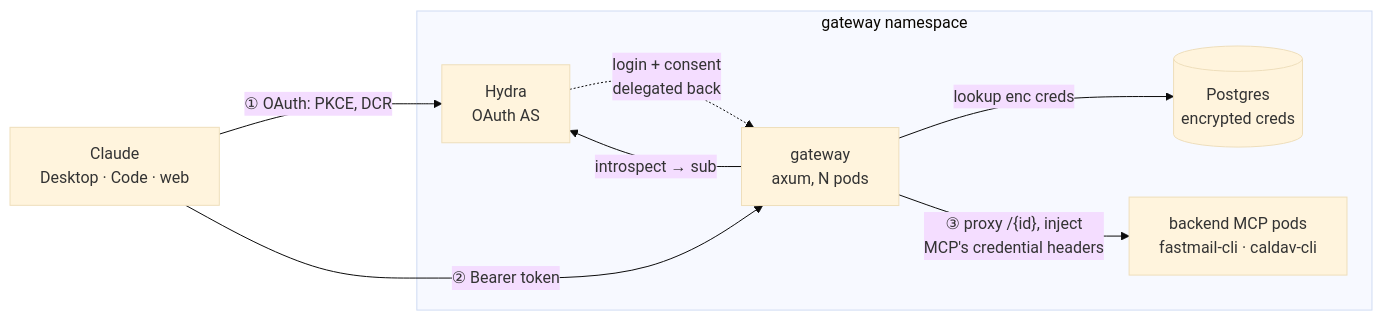
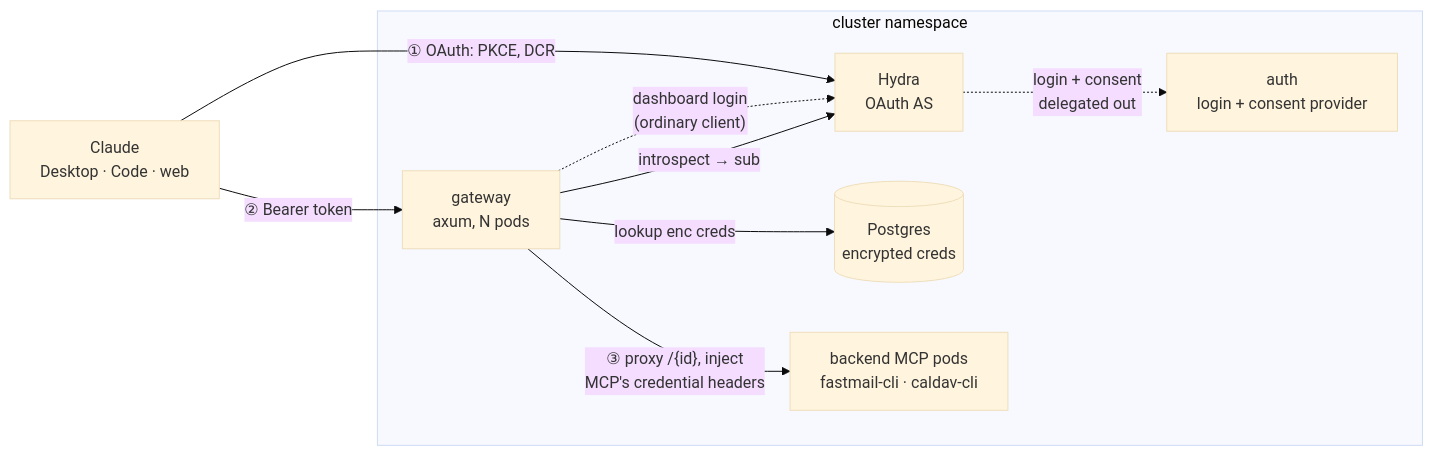
The diagram in README.md (radiosilence/mcp-gateway), drawn with Mermaid (base theme) before and after one commit. The commit also changed other lines of this file and 16 other files, not shown here.

````diff
--- a/README.md
+++ b/README.md
@@ -45,18 +45,20 @@
 ```mermaid
 flowchart LR
   C["Claude<br/>Desktop · Code · web"]
 
-  subgraph ns["gateway namespace"]
+  subgraph ns["cluster namespace"]
     G["gateway<br/>axum, N pods"]
     H["Hydra<br/>OAuth AS"]
+    A["auth<br/>login + consent provider"]
     DB[("Postgres<br/>encrypted creds")]
     B["backend MCP pods<br/>fastmail-cli · caldav-cli"]
   end
 
   C -->|"① OAuth: PKCE, DCR"| H
-  H -.->|"login + consent<br/>delegated back"| G
+  H -.->|"login + consent<br/>delegated out"| A
+  G -.->|"dashboard login<br/>(ordinary client)"| H
   C -->|"② Bearer token"| G
   G -->|"introspect → sub"| H
   G -->|"lookup enc creds"| DB
   G -->|"③ proxy /{id}, inject<br/>MCP's credential headers"| B
 ```
````
